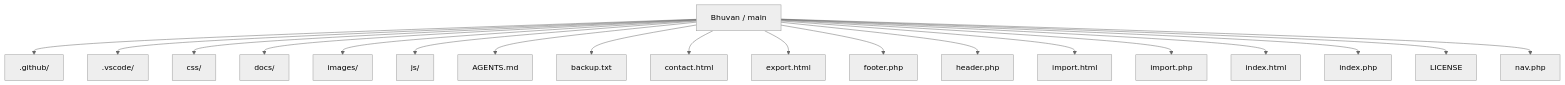
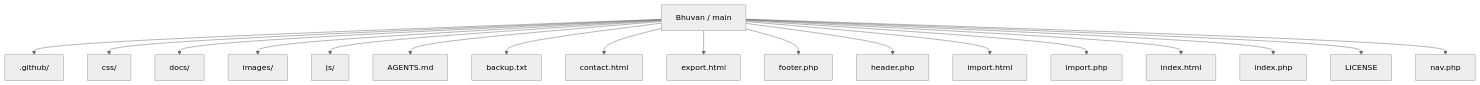
Before and after one commit to Nischhalsubba/Bhuvan: the first of 5 diagrams in README.md, drawn with Mermaid (neutral theme). The commit also changed other lines of this file, not shown here.

````diff
--- a/README.md
+++ b/README.md
@@ -25,22 +52,21 @@
 ```mermaid
 flowchart TD
     ROOT["Bhuvan / main"]
     ROOT --> P0[".github/"]
-    ROOT --> P1[".vscode/"]
-    ROOT --> P2["css/"]
-    ROOT --> P3["docs/"]
-    ROOT --> P4["images/"]
-    ROOT --> P5["js/"]
-    ROOT --> P6["AGENTS.md"]
-    ROOT --> P7["backup.txt"]
-    ROOT --> P8["contact.html"]
-    ROOT --> P9["export.html"]
-    ROOT --> P10["footer.php"]
-    ROOT --> P11["header.php"]
-    ROOT --> P12["import.html"]
-    ROOT --> P13["import.php"]
-    ROOT --> P14["index.html"]
-    ROOT --> P15["index.php"]
-    ROOT --> P16["LICENSE"]
-    ROOT --> P17["nav.php"]
+    ROOT --> P1["css/"]
+    ROOT --> P2["docs/"]
+    ROOT --> P3["images/"]
+    ROOT --> P4["js/"]
+    ROOT --> P5["AGENTS.md"]
+    ROOT --> P6["backup.txt"]
+    ROOT --> P7["contact.html"]
+    ROOT --> P8["export.html"]
+    ROOT --> P9["footer.php"]
+    ROOT --> P10["header.php"]
+    ROOT --> P11["import.html"]
+    ROOT --> P12["import.php"]
+    ROOT --> P13["index.html"]
+    ROOT --> P14["index.php"]
+    ROOT --> P15["LICENSE"]
+    ROOT --> P16["nav.php"]
 ```
````
